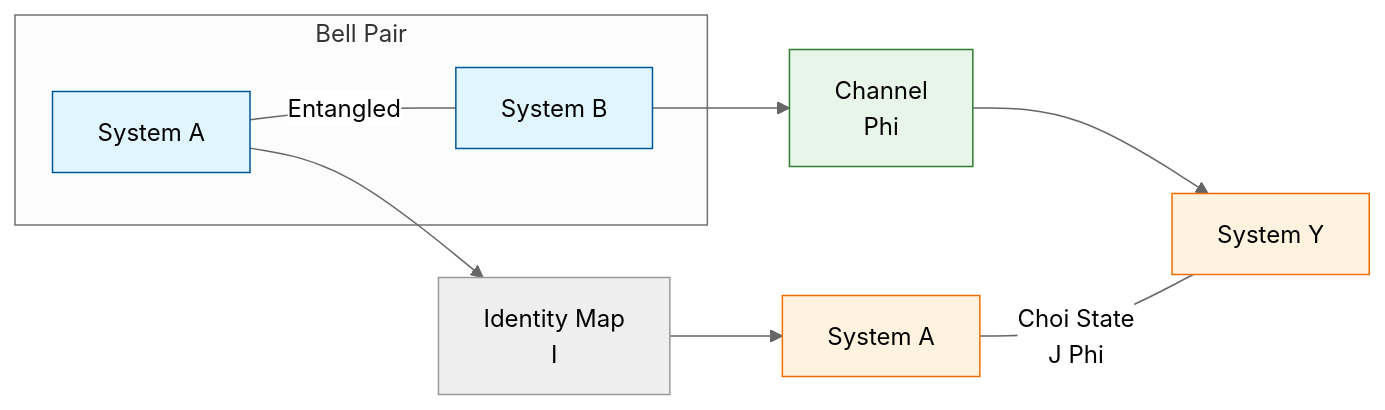
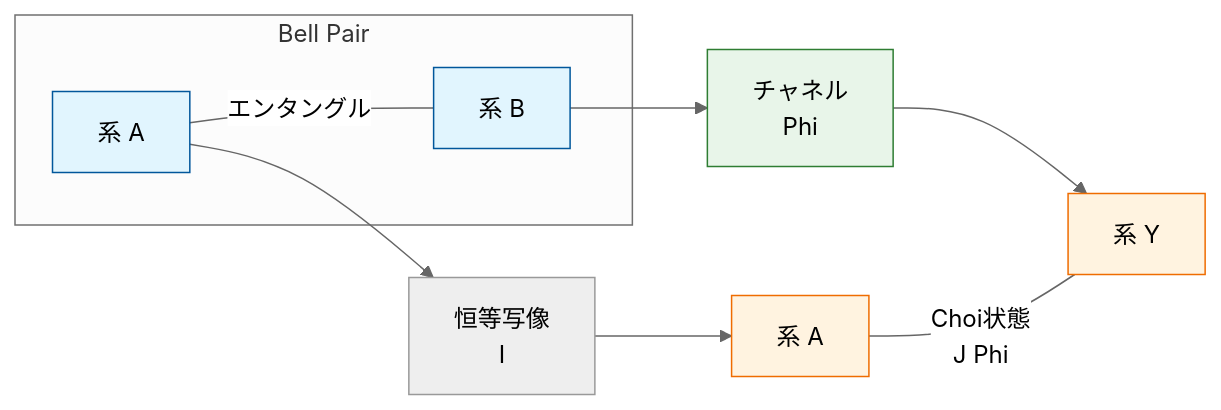
The second of 3 diagrams in quarto/textbook/chapter2/_2.2-quantum-channels.qmd (yama662607/Quantum-information), drawn with Mermaid (neutral theme) before and after one commit. The commit also changed other lines of this file, not shown here.

Commit message:
docs(2.2): ガイド位置移動、図日本語化、定義式ブロック化

````diff
--- a/quarto/textbook/chapter2/_2.2-quantum-channels.qmd
+++ b/quarto/textbook/chapter2/_2.2-quantum-channels.qmd
@@ -213,25 +215,25 @@
 ```{mermaid}
 %%| label: fig-choi-isomorphism
 %%| fig-cap: "Choi同型 (Channel-State Duality): 最大エンタングル状態 $|\\Gamma\\rangle$ の片割れにチャネル $\\Phi$ を適用することで、チャネルの情報をすべて含んだ量子状態 $J(\\Phi)$ （Choi状態）が得られます。"
 graph LR
     subgraph BellPair [Bell Pair]
-        A[System A]
-        B[System B]
+        A[系 A]
+        B[系 B]
     end
 
-    A ---|Entangled| B
+    A ---|エンタングル| B
 
-    A --> Identity[Identity Map<br>I]
-    B --> Channel[Channel<br>Phi]
+    A --> Identity[恒等写像<br>I]
+    B --> Channel[チャネル<br>Phi]
 
-    Identity --> OutA[System A]
-    Channel --> OutB[System Y]
+    Identity --> OutA[系 A]
+    Channel --> OutB[系 Y]
 
-    OutA ---|Choi State<br>J Phi| OutB
+    OutA ---|Choi状態<br>J Phi| OutB
 
     style A fill:#e1f5fe,stroke:#01579b
     style B fill:#e1f5fe,stroke:#01579b
     style Channel fill:#e8f5e9,stroke:#2e7d32
     style OutA fill:#fff3e0,stroke:#ef6c00
     style OutB fill:#fff3e0,stroke:#ef6c00
 ```
````
